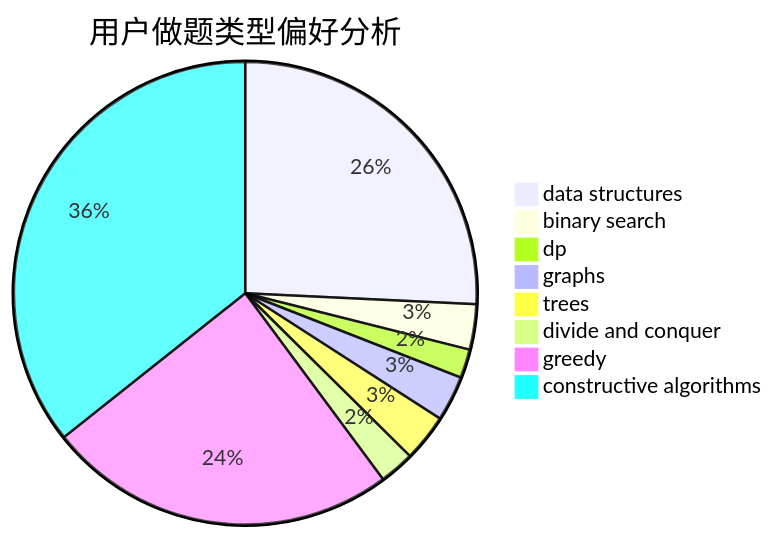
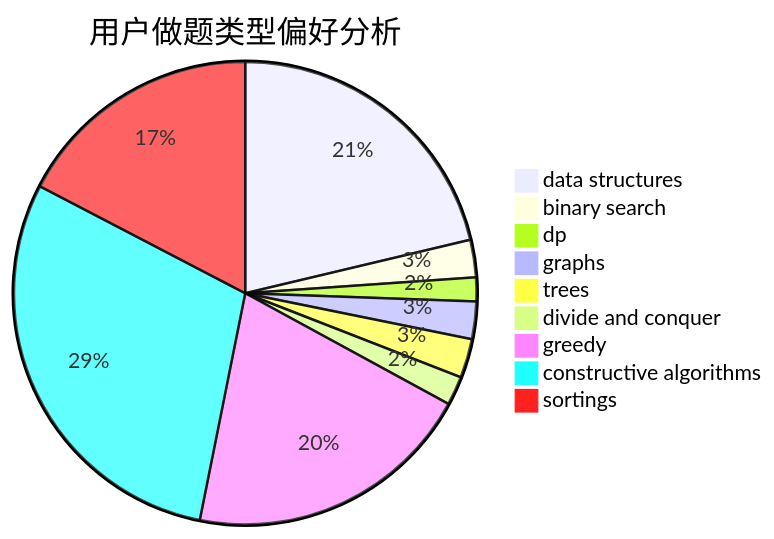
The second of 3 diagrams in docs/user/u670.md (sherpahu/cfrs.github.io), drawn with Mermaid before and after one commit. The commit also changed other lines of this file and 2769 other files, not shown here.

````diff
--- a/docs/user/u670.md
+++ b/docs/user/u670.md
@@ -23,11 +18,12 @@
 ```mermaid
 pie title 用户做题类型偏好分析
     "data structures" :  179
     "binary search" :  22
     "dp" :  14
     "graphs" :  22
     "trees" :  23
     "divide and conquer" :  17
     "greedy" :  170
     "constructive algorithms" :  248
+    "sortings" :  146
 ```
````
